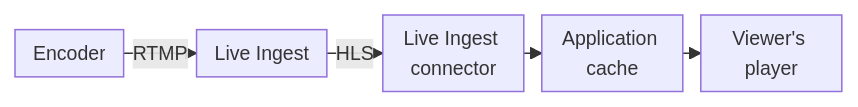
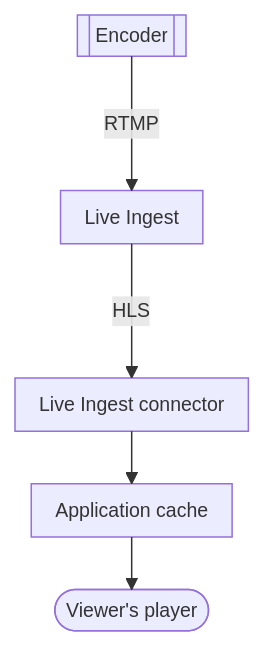
One commit to aziontech/docs changed the diagram in apps/docs/src/content/docs/en/pages/secure/live-ingest/ingestion-and-delivery.mdx. Above: the diagram before and after it, drawn with Mermaid. The commit also changed 179 other files, not shown here.

Commit message:
docs(diagrams): redraw every other diagram in the use-case diagram style (#2513)

````diff
--- a/apps/docs/src/content/docs/en/pages/secure/live-ingest/ingestion-and-delivery.mdx
+++ b/apps/docs/src/content/docs/en/pages/secure/live-ingest/ingestion-and-delivery.mdx
@@ -58,8 +58,8 @@
 ```mermaid
-%%{init: {"layout": "dagre", "themeVariables": {"fontSize": "13px"}, "flowchart": {"nodeSpacing": 12, "rankSpacing": 12, "padding": 6, "wrappingWidth": 70, "minNodeWidth": 40, "useMaxWidth": true}}}%%
-flowchart LR
-  Enc["Encoder"] -->|"RTMP"| LI["Live Ingest"]
+%%{init: {"layout": "elk", "themeVariables": {"fontSize": "13px"}, "flowchart": {"nodeSpacing": 24, "rankSpacing": 36, "padding": 8, "wrappingWidth": 150, "useMaxWidth": true}, "sequence": {"width": 120, "actorMargin": 30, "useMaxWidth": true}}}%%
+flowchart TD
+  Enc[["Encoder"]] -->|"RTMP"| LI["Live Ingest"]
   LI -->|"HLS"| Conn["Live Ingest connector"]
   Conn --> App["Application cache"]
-  App --> Player["Viewer's player"]
+  App --> Player(["Viewer's player"])
 ```
````
